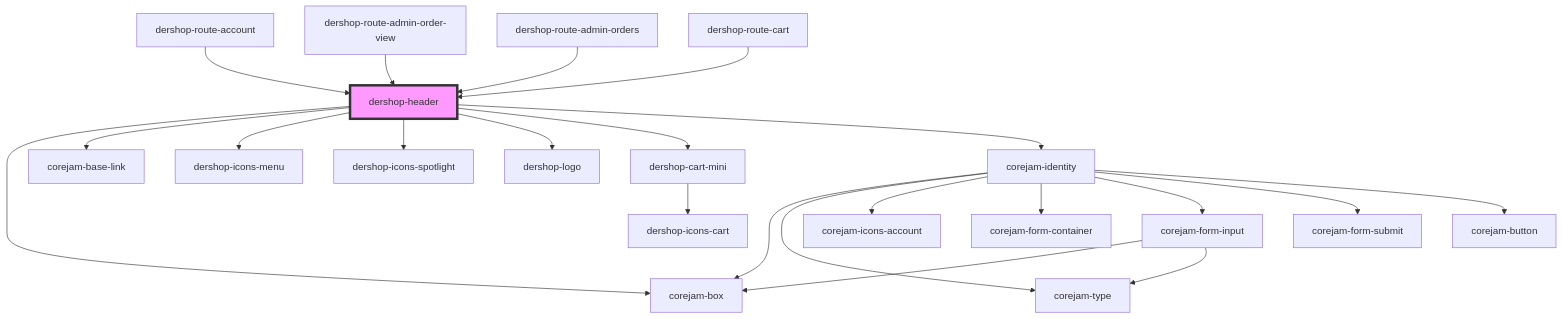
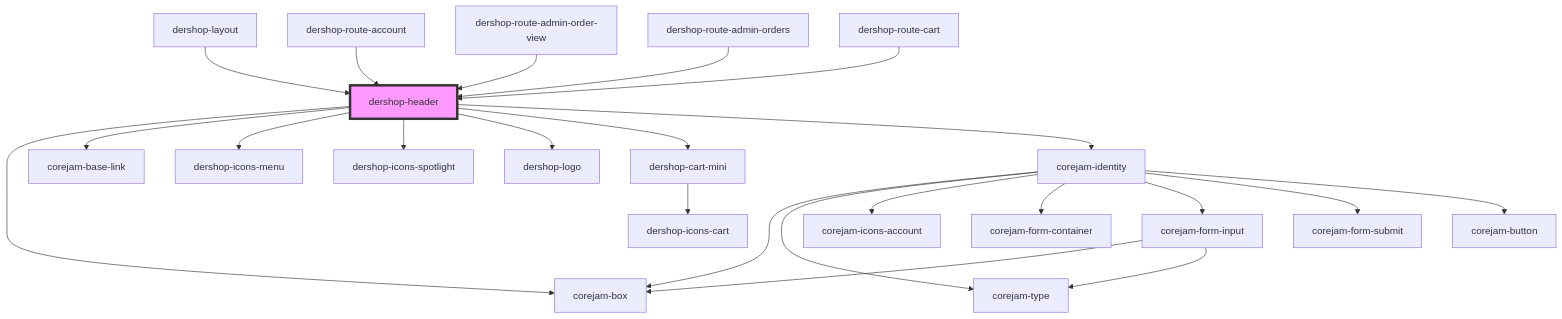
The diagram in packages/plugins/dershop/app/components/dershop-header/readme.md (corejam/corejam), drawn with Mermaid before and after one commit. The commit also changed other lines of this file and 15 other files, not shown here.

````diff
--- a/packages/plugins/dershop/app/components/dershop-header/readme.md
+++ b/packages/plugins/dershop/app/components/dershop-header/readme.md
@@ -37,25 +38,26 @@
 ```mermaid
 graph TD;
   dershop-header --> corejam-box
   dershop-header --> corejam-base-link
   dershop-header --> dershop-icons-menu
   dershop-header --> dershop-icons-spotlight
   dershop-header --> dershop-logo
   dershop-header --> dershop-cart-mini
   dershop-header --> corejam-identity
   dershop-cart-mini --> dershop-icons-cart
   corejam-identity --> corejam-box
   corejam-identity --> corejam-type
   corejam-identity --> corejam-icons-account
   corejam-identity --> corejam-form-container
   corejam-identity --> corejam-form-input
   corejam-identity --> corejam-form-submit
   corejam-identity --> corejam-button
   corejam-form-input --> corejam-box
   corejam-form-input --> corejam-type
+  dershop-layout --> dershop-header
   dershop-route-account --> dershop-header
   dershop-route-admin-order-view --> dershop-header
   dershop-route-admin-orders --> dershop-header
   dershop-route-cart --> dershop-header
   style dershop-header fill:#f9f,stroke:#333,stroke-width:4px
 ```
````
